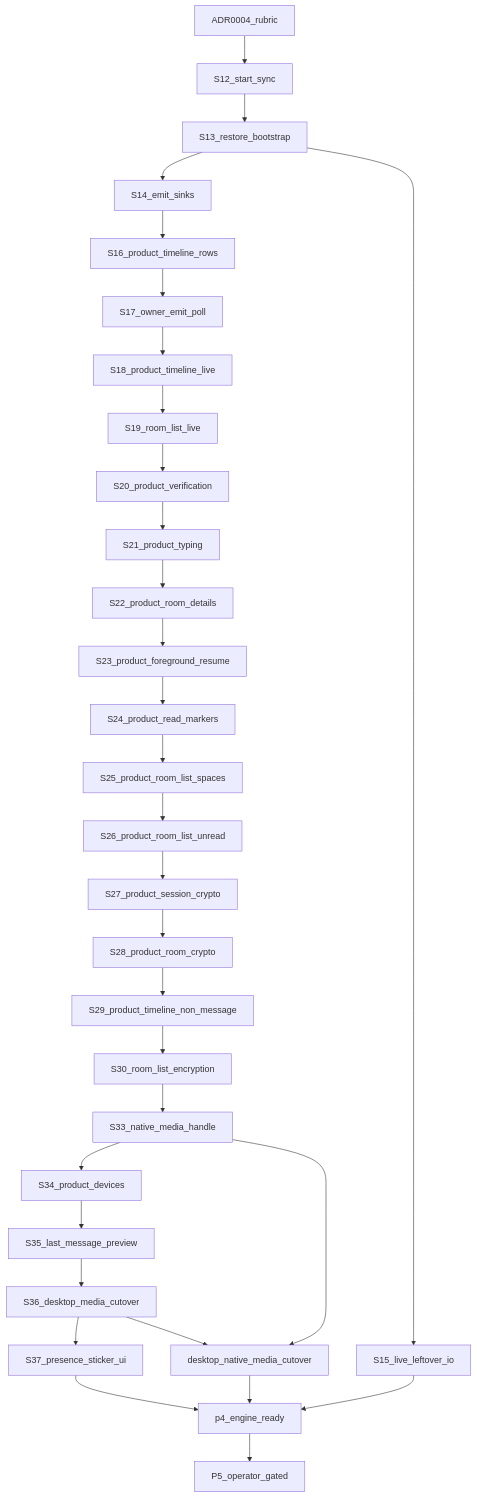
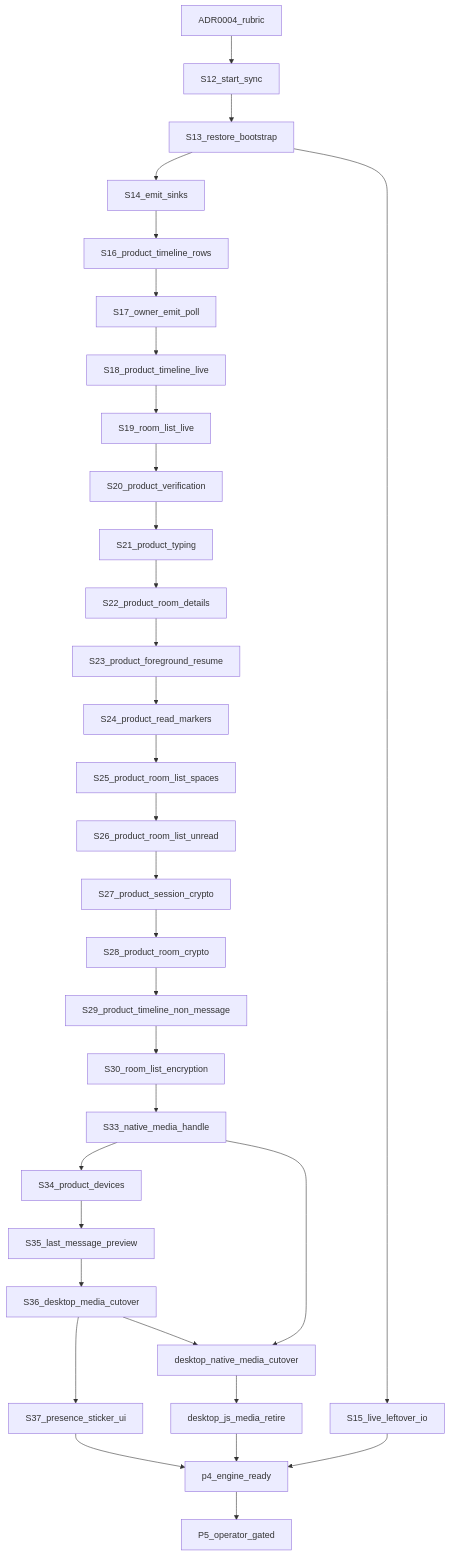
One commit to nepenth/synara-desktop changed the diagram in docs/shared-native-core/13-language-boundary-goal-graph.md. Above: the diagram before and after it, drawn with Mermaid. The commit also changed other lines of this file and 24 other files, not shown here.

First line of the commit message:
fix(desktop): retire JS media encrypt/decrypt and leftover send

````diff
--- a/docs/shared-native-core/13-language-boundary-goal-graph.md
+++ b/docs/shared-native-core/13-language-boundary-goal-graph.md
@@ -46,62 +46,64 @@
 ```mermaid
 flowchart TD
   adr0004[ADR0004_rubric]
   s12[S12_start_sync]
   s13[S13_restore_bootstrap]
   s14[S14_emit_sinks]
   s15[S15_live_leftover_io]
   s16[S16_product_timeline_rows]
   s17[S17_owner_emit_poll]
   s18[S18_product_timeline_live]
   s19[S19_room_list_live]
   s20[S20_product_verification]
   s21[S21_product_typing]
   s22[S22_product_room_details]
   s23[S23_product_foreground_resume]
   s24[S24_product_read_markers]
   s25[S25_product_room_list_spaces]
   s26[S26_product_room_list_unread]
   s27[S27_product_session_crypto]
   s28[S28_product_room_crypto]
   s29[S29_product_timeline_non_message]
   s30[S30_room_list_encryption]
   s33[S33_native_media_handle]
   s34[S34_product_devices]
   s35[S35_last_message_preview]
   s36[S36_desktop_media_cutover]
   s37[S37_presence_sticker_ui]
   media[desktop_native_media_cutover]
+  jsMedia[desktop_js_media_retire]
   done[p4_engine_ready]
   p5[P5_operator_gated]
 
   adr0004 --> s12
   s12 --> s13
   s13 --> s14
   s13 --> s15
   s14 --> s16
   s16 --> s17
   s17 --> s18
   s18 --> s19
   s19 --> s20
   s20 --> s21
   s21 --> s22
   s22 --> s23
   s23 --> s24
   s24 --> s25
   s25 --> s26
   s26 --> s27
   s27 --> s28
   s28 --> s29
   s29 --> s30
   s30 --> s33
   s33 --> s34
   s34 --> s35
   s35 --> s36
   s36 --> s37
   s37 --> done
   s33 --> media
   s36 --> media
+  media --> jsMedia
   s15 --> done
-  media --> done
+  jsMedia --> done
   done --> p5
 ```
````
